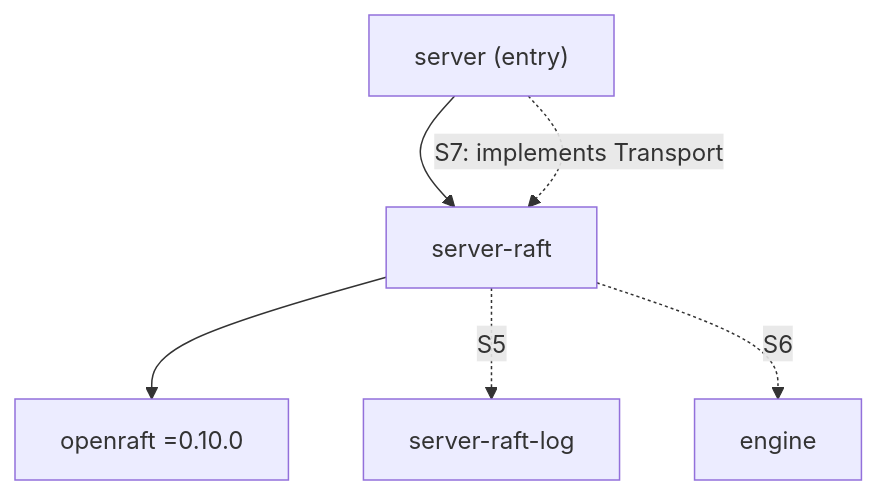
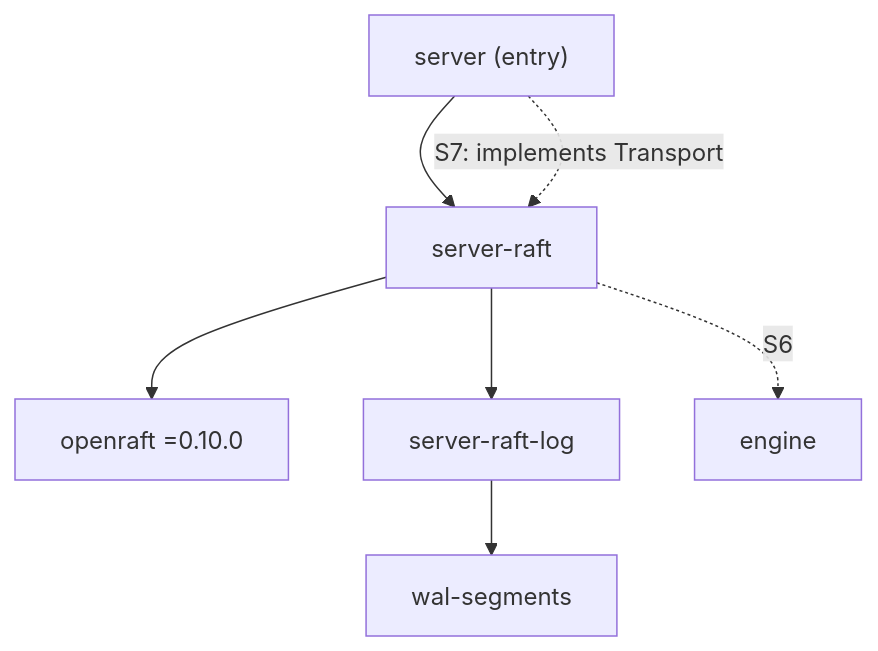
The diagram in docs/design/server-raft.md (raydatray/peppydb), drawn with Mermaid before and after one commit. The commit also changed other lines of this file and 6 other files, not shown here.

First line of the commit message:
[10/10][server-raft-log][docs] document the Raft log

````diff
--- a/docs/design/server-raft.md
+++ b/docs/design/server-raft.md
@@ -34,8 +36,9 @@
 ```mermaid
 flowchart TB
     server["server (entry)"] --> sraft["server-raft"]
     sraft --> openraft["openraft =0.10.0"]
-    sraft -. "S5" .-> srlog["server-raft-log"]
+    sraft --> srlog["server-raft-log"]
+    srlog --> seg["wal-segments"]
     sraft -. "S6" .-> engine["engine"]
     server -. "S7: implements Transport" .-> sraft
 ```
````
